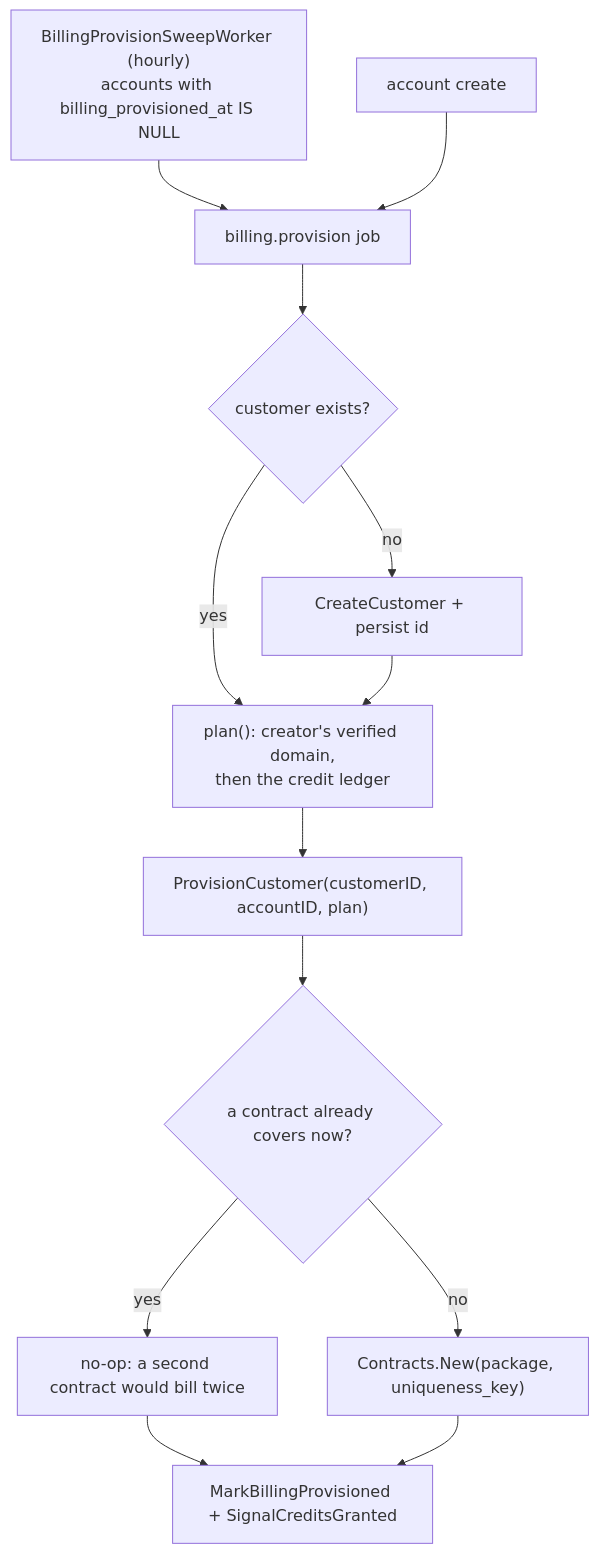
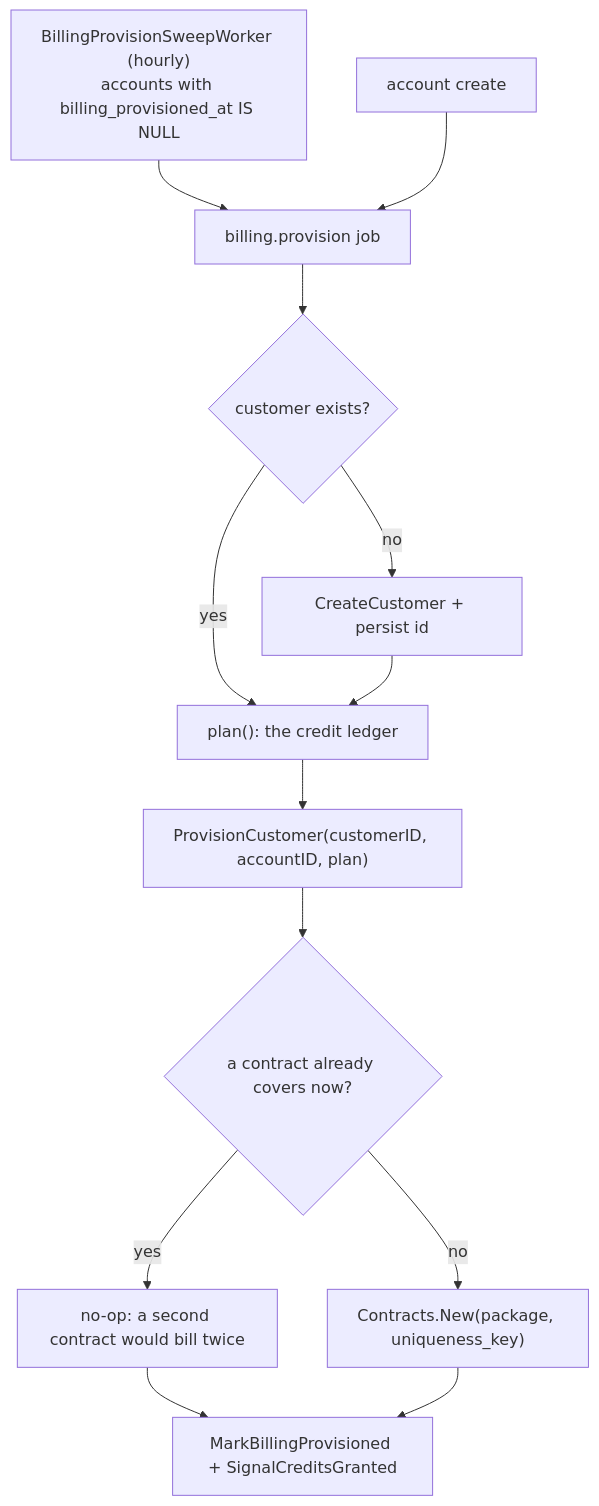
One commit to astropods/astro-cli changed the ninth of 9 diagrams in docs/03-architecture/billing-data-flow.md. Above: the diagram before and after it, drawn with Mermaid. The commit also changed other lines of this file and 103 other files, not shown here.

````diff
--- a/docs/03-architecture/billing-data-flow.md
+++ b/docs/03-architecture/billing-data-flow.md
@@ -324,15 +326,15 @@
 ```mermaid
 flowchart TD
     SWEEP["BillingProvisionSweepWorker (hourly)<br/>accounts with billing_provisioned_at IS NULL"] --> JOB
     SIGNUP["account create"] --> JOB["billing.provision job"]
     JOB --> CUST{"customer exists?"}
     CUST -->|no| CREATE["CreateCustomer + persist id"]
     CUST -->|yes| PLAN
-    CREATE --> PLAN["plan(): creator's verified domain,<br/>then the credit ledger"]
+    CREATE --> PLAN["plan(): the credit ledger"]
     PLAN --> PROV["ProvisionCustomer(customerID, accountID, plan)"]
     PROV --> COVER{"a contract already covers now?"}
     COVER -->|yes| SKIP["no-op: a second contract would bill twice"]
     COVER -->|no| NEW["Contracts.New(package, uniqueness_key)"]
     SKIP --> MARK["MarkBillingProvisioned + SignalCreditsGranted"]
     NEW --> MARK
 ```
````
